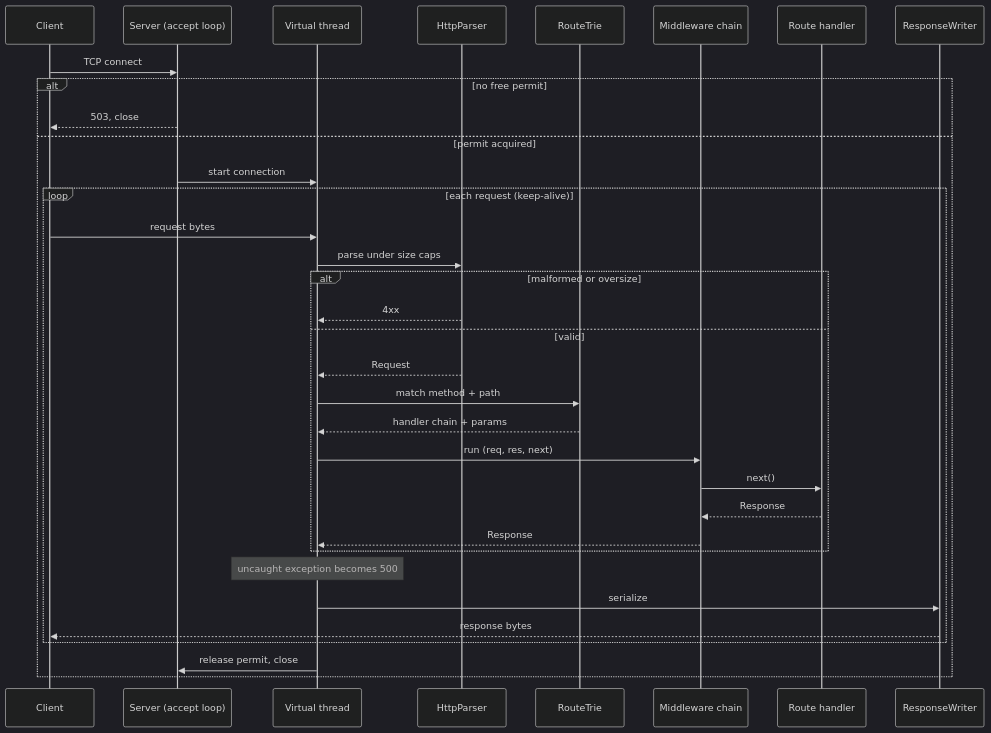
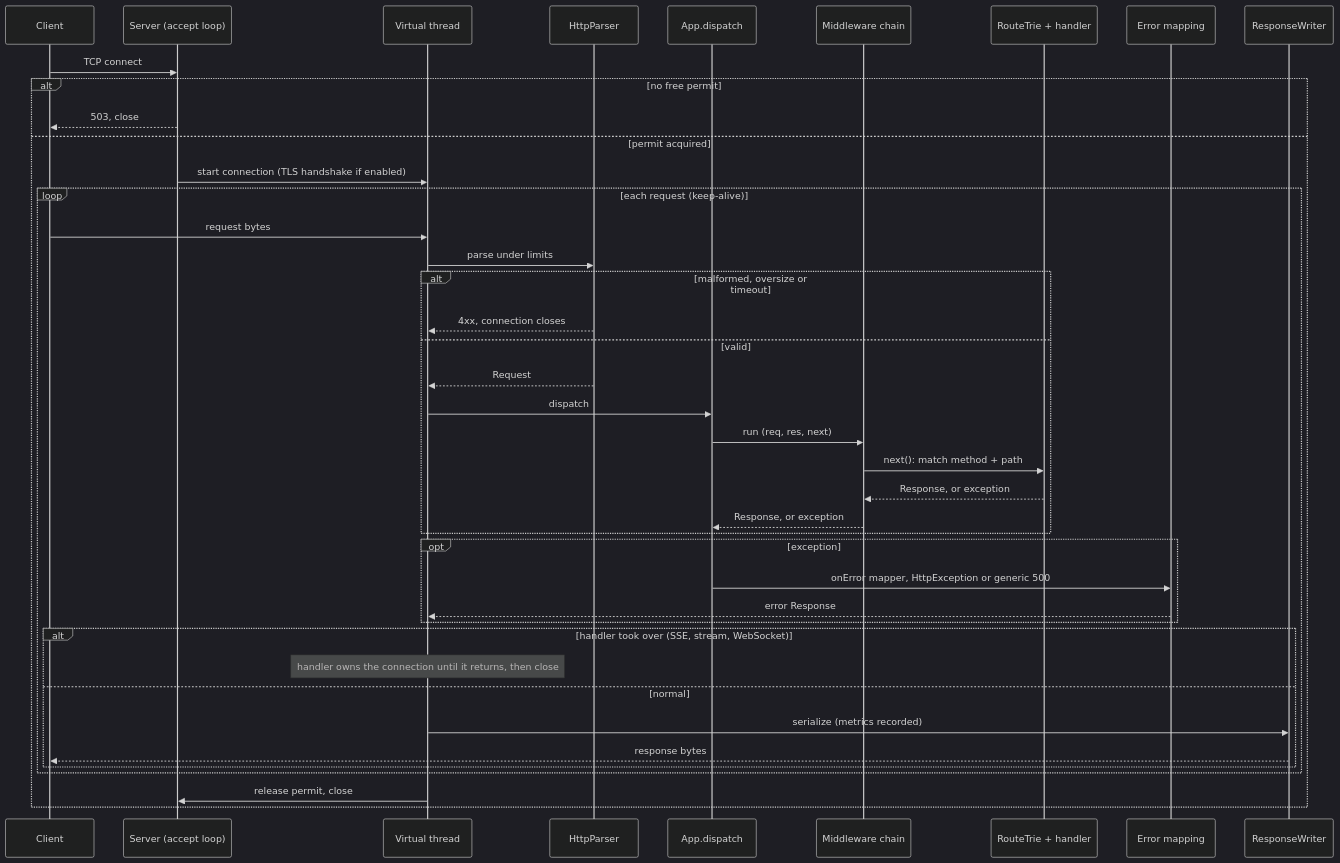
Before and after one commit to THIRU-1074/custom-Http-Server: the diagram in docs/ARCHITECTURE.md, drawn with Mermaid (dark theme). The commit also changed other lines of this file, not shown here.

First line of the commit message:
docs(architecture): describe the v0.3.1 modules and request lifecycle

````diff
--- a/docs/ARCHITECTURE.md
+++ b/docs/ARCHITECTURE.md
@@ -36,37 +49,44 @@
 ```mermaid
 sequenceDiagram
     participant C as Client
     participant S as Server (accept loop)
     participant V as Virtual thread
     participant P as HttpParser
-    participant R as RouteTrie
+    participant A as App.dispatch
     participant M as Middleware chain
-    participant H as Route handler
+    participant R as RouteTrie + handler
+    participant E as Error mapping
     participant W as ResponseWriter
 
     C->>S: TCP connect
     alt no free permit
         S-->>C: 503, close
     else permit acquired
-        S->>V: start connection
+        S->>V: start connection (TLS handshake if enabled)
         loop each request (keep-alive)
             C->>V: request bytes
-            V->>P: parse under size caps
-            alt malformed or oversize
-                P-->>V: 4xx
+            V->>P: parse under limits
+            alt malformed, oversize or timeout
+                P-->>V: 4xx, connection closes
             else valid
                 P-->>V: Request
-                V->>R: match method + path
-                R-->>V: handler chain + params
-                V->>M: run (req, res, next)
-                M->>H: next()
-                H-->>M: Response
-                M-->>V: Response
+                V->>A: dispatch
+                A->>M: run (req, res, next)
+                M->>R: next(): match method + path
+                R-->>M: Response, or exception
+                M-->>A: Response, or exception
             end
-            Note over V: uncaught exception becomes 500
-            V->>W: serialize
-            W-->>C: response bytes
+            opt exception
+                A->>E: onError mapper, HttpException or generic 500
+                E-->>V: error Response
+            end
+            alt handler took over (SSE, stream, WebSocket)
+                Note over V: handler owns the connection until it returns, then close
+            else normal
+                V->>W: serialize (metrics recorded)
+                W-->>C: response bytes
+            end
         end
         V->>S: release permit, close
     end
 ```
````
